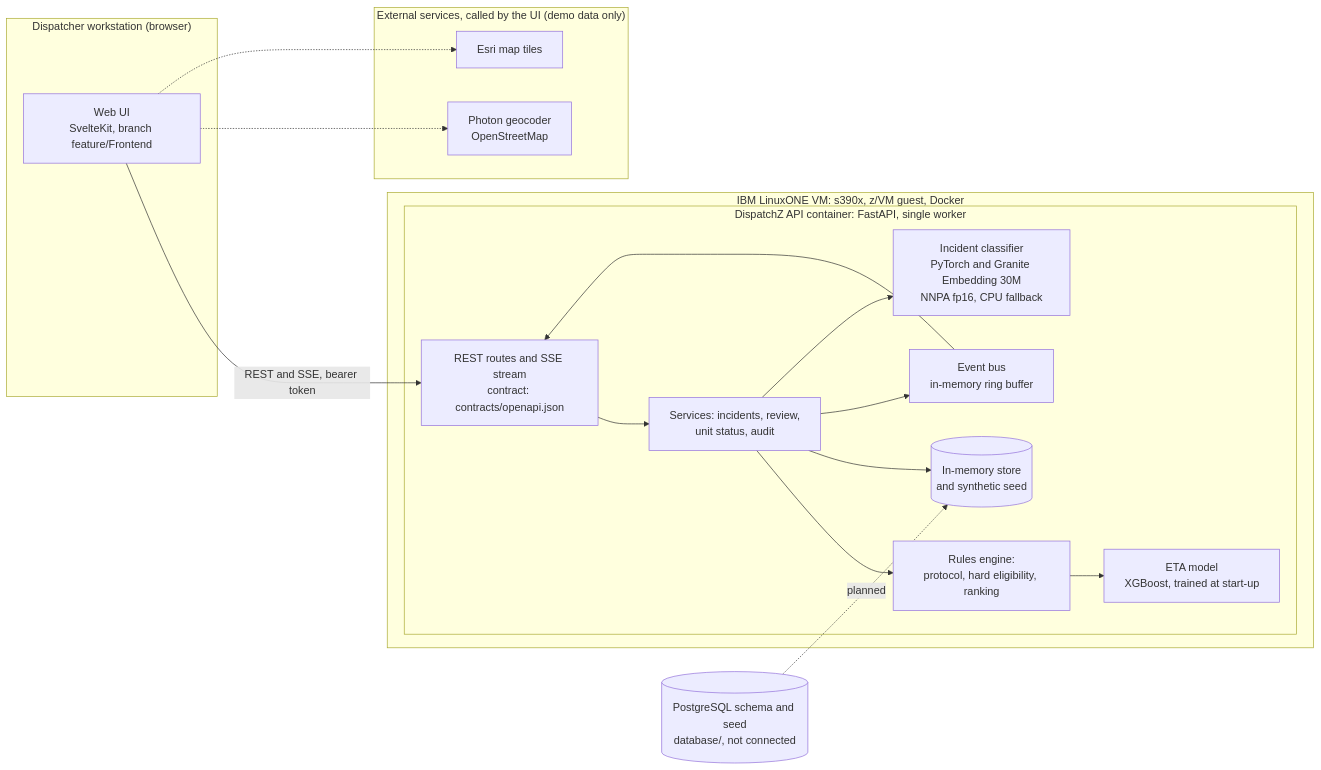
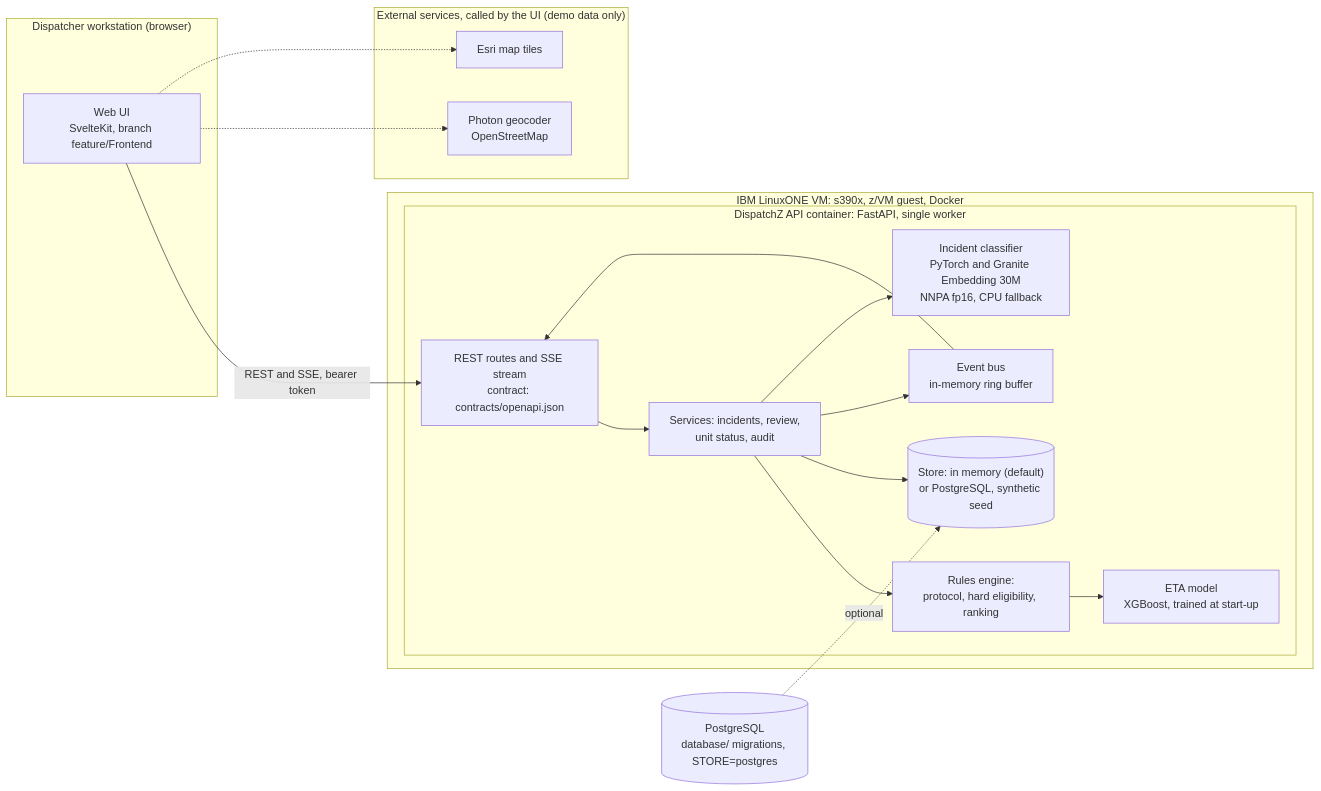
Before and after one commit to n-allen1/Huskies_IBM_Z_Datathon_2026_Project: the first of 3 diagrams in docs/architecture.md, drawn with Mermaid. The commit also changed other lines of this file and 18 other files, not shown here.

First line of the commit message:
Add optional PostgreSQL store for the API

````diff
--- a/docs/architecture.md
+++ b/docs/architecture.md
@@ -25,34 +25,34 @@
 ```mermaid
 flowchart LR
     subgraph Client["Dispatcher workstation (browser)"]
         UI["Web UI<br/>SvelteKit, branch feature/Frontend"]
     end
     subgraph External["External services, called by the UI (demo data only)"]
         GEO["Photon geocoder<br/>OpenStreetMap"]
         TILES["Esri map tiles"]
     end
     subgraph Z["IBM LinuxONE VM: s390x, z/VM guest, Docker"]
         subgraph API["DispatchZ API container: FastAPI, single worker"]
             ROUTES["REST routes and SSE stream<br/>contract: contracts/openapi.json"]
             SVC["Services: incidents, review,<br/>unit status, audit"]
             RULES["Rules engine:<br/>protocol, hard eligibility, ranking"]
             BUS["Event bus<br/>in-memory ring buffer"]
-            STORE[("In-memory store<br/>and synthetic seed")]
+            STORE[("Store: in memory (default)<br/>or PostgreSQL, synthetic seed")]
             CLS["Incident classifier<br/>PyTorch and Granite Embedding 30M<br/>NNPA fp16, CPU fallback"]
             ETA["ETA model<br/>XGBoost, trained at start-up"]
         end
     end
-    PG[("PostgreSQL schema and seed<br/>database/, not connected")]
+    PG[("PostgreSQL<br/>database/ migrations, STORE=postgres")]
 
     UI -->|"REST and SSE, bearer token"| ROUTES
     UI -.-> GEO
     UI -.-> TILES
     ROUTES --> SVC
     SVC --> RULES
     SVC --> STORE
     SVC --> BUS
     BUS --> ROUTES
     SVC --> CLS
     RULES --> ETA
-    PG -.->|"planned"| STORE
+    PG -.->|"optional"| STORE
 ```
````
